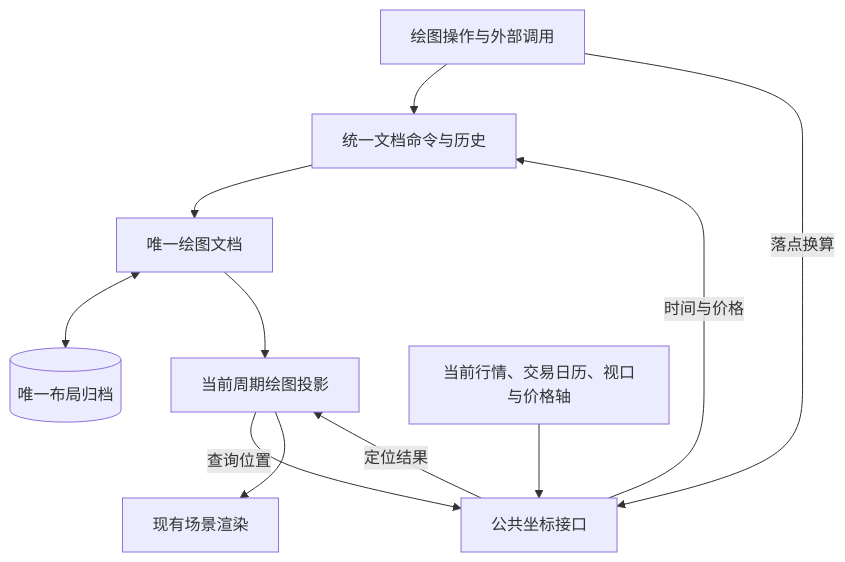
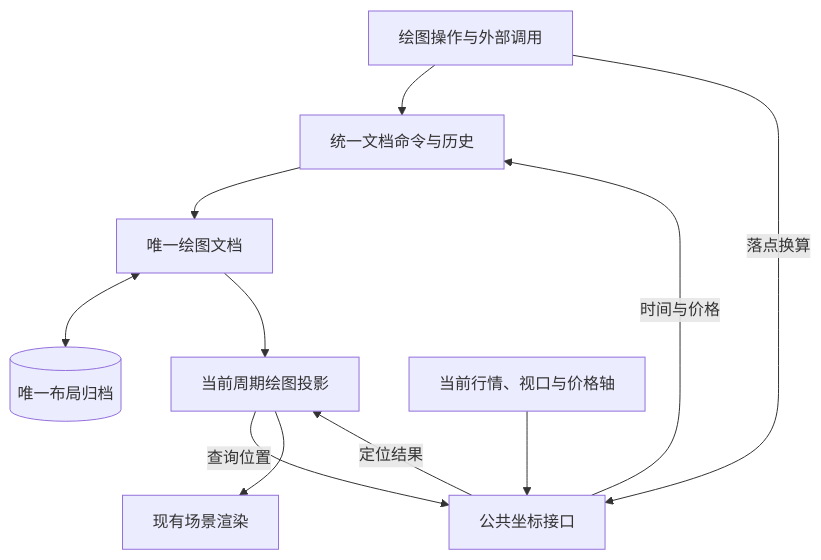
The diagram in docs/design/drawing/drawing-anchors.md (363045841/KLineChartQuant), drawn with Mermaid before and after one commit. The commit also changed other lines of this file and 15 other files, not shown here.

````diff
--- a/docs/design/drawing/drawing-anchors.md
+++ b/docs/design/drawing/drawing-anchors.md
@@ -9,13 +9,13 @@
 ```mermaid
 flowchart TB
     A[绘图操作与外部调用] --> B[统一文档命令与历史]
     B --> C[唯一绘图文档]
     C <--> D[(唯一布局归档)]
     C --> E[当前周期绘图投影]
     E -->|查询位置| F[公共坐标接口]
     F -->|定位结果| E
     E --> G[现有场景渲染]
-    H[当前行情、交易日历、视口与价格轴] --> F
+    H[当前行情、视口与价格轴] --> F
     A -->|落点换算| F
     F -->|时间与价格| B
 ```
````
